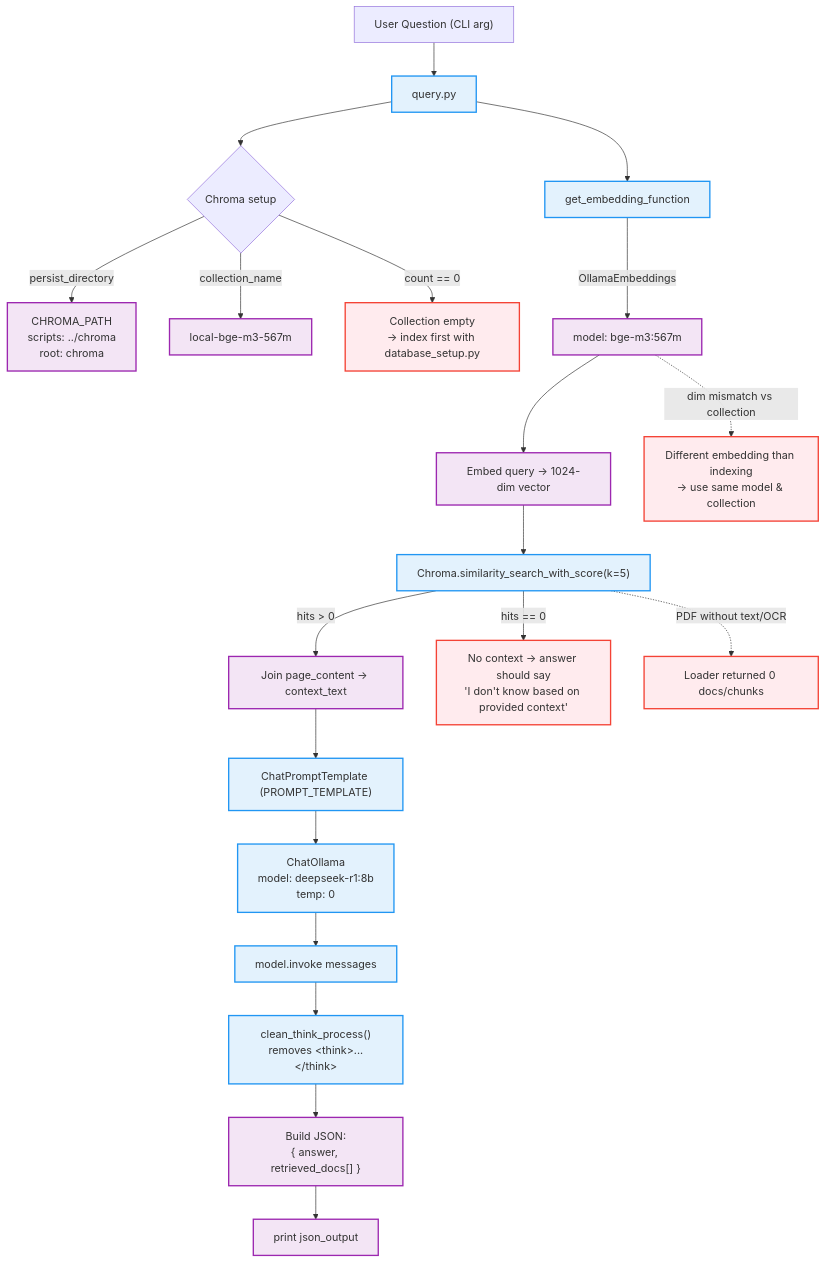
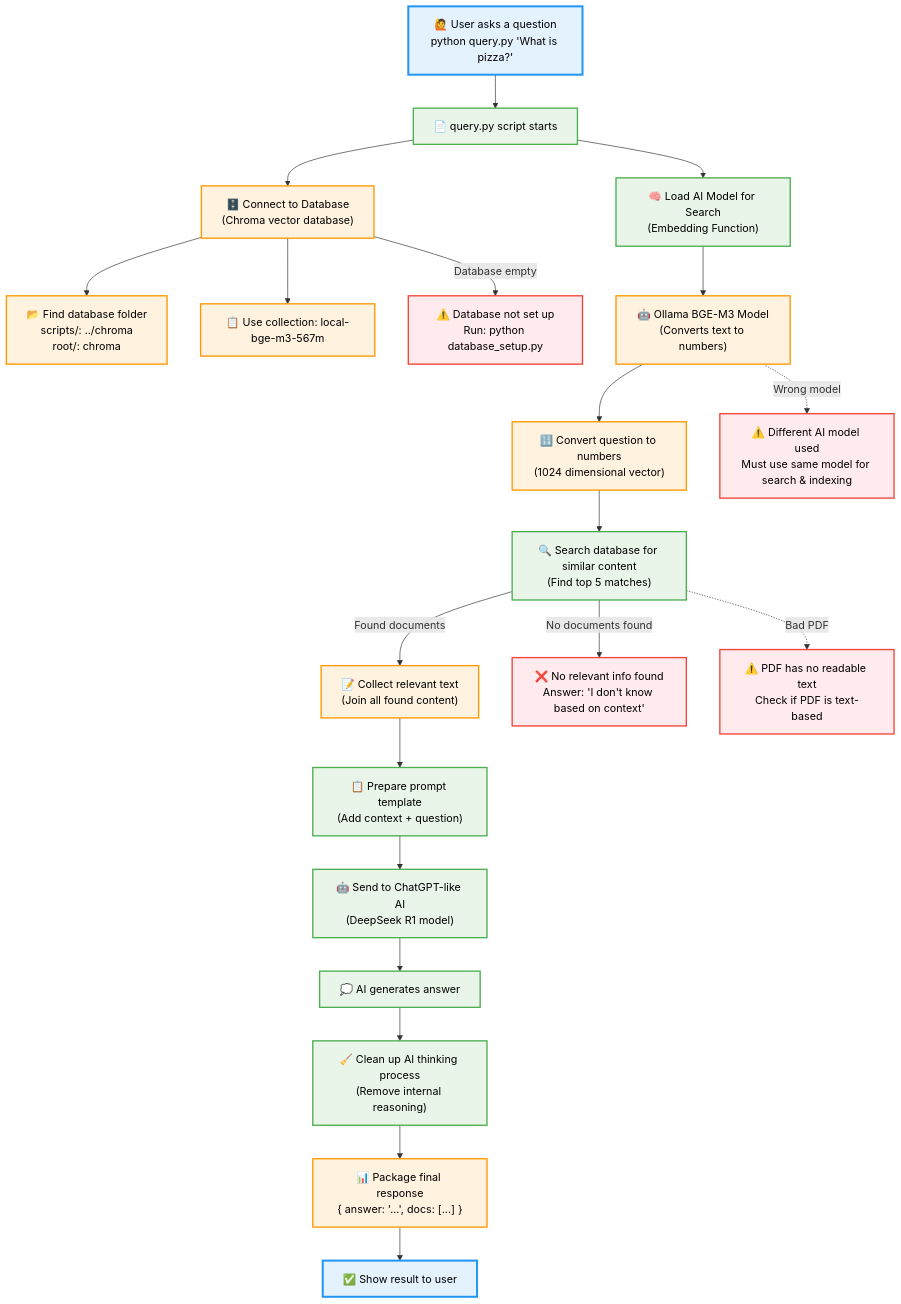
The diagram in readme.md (JoanEsquivel/local-rag), drawn with Mermaid before and after one commit. The commit also changed other lines of this file, not shown here.

Commit message:
fix: simplify diagram

````diff
--- a/readme.md
+++ b/readme.md
@@ -138,34 +139,40 @@
 ```mermaid
 graph TD
-    A["User Question (CLI arg)"] --> B[query.py]
-    B --> C{Chroma setup}
-    C -->|persist_directory| C1["CHROMA_PATH<br/>scripts: ../chroma<br/>root: chroma"]
-    C -->|collection_name| C2["local-bge-m3-567m"]
-    B --> D[get_embedding_function]
-    D -->|OllamaEmbeddings| D1["model: bge-m3:567m"]
-    D1 --> E["Embed query → 1024-dim vector"]
-    E --> F["Chroma.similarity_search_with_score(k=5)"]
-    F -->|hits > 0| G["Join page_content → context_text"]
-    F -->|hits == 0| Z1["No context → answer should say<br/>'I don't know based on provided context'"]
+    A["🙋 User asks a question<br/>python query.py 'What is pizza?'"] --> B["📄 query.py script starts"]
     
-    G --> H["ChatPromptTemplate (PROMPT_TEMPLATE)"]
-    H --> I["ChatOllama<br/>model: deepseek-r1:8b<br/>temp: 0"]
-    I --> J[model.invoke messages]
-    J --> K["clean_think_process()<br/>removes &lt;think&gt;...&lt;/think&gt;"]
-    K --> L["Build JSON:<br/>{ answer, retrieved_docs[] }"]
-    L --> M[print json_output]
+    B --> C["🗄️ Connect to Database<br/>(Chroma vector database)"]
+    C --> C1["📂 Find database folder<br/>scripts/: ../chroma<br/>root/: chroma"]
+    C --> C2["📋 Use collection: local-bge-m3-567m"]
+    
+    B --> D["🧠 Load AI Model for Search<br/>(Embedding Function)"]
+    D --> D1["🤖 Ollama BGE-M3 Model<br/>(Converts text to numbers)"]
+    
+    D1 --> E["🔢 Convert question to numbers<br/>(1024 dimensional vector)"]
+    E --> F["🔍 Search database for similar content<br/>(Find top 5 matches)"]
+    
+    F -->|Found documents| G["📝 Collect relevant text<br/>(Join all found content)"]
+    F -->|No documents found| Z1["❌ No relevant info found<br/>Answer: 'I don't know based on context'"]
+    
+    G --> H["📋 Prepare prompt template<br/>(Add context + question)"]
+    H --> I["🤖 Send to ChatGPT-like AI<br/>(DeepSeek R1 model)"]
+    I --> J["💭 AI generates answer"]
+    J --> K["🧹 Clean up AI thinking process<br/>(Remove internal reasoning)"]
+    K --> L["📊 Package final response<br/>{ answer: '...', docs: [...] }"]
+    L --> M["✅ Show result to user"]
 
-    %% Guard rails / failure branches
-    C -->|count == 0| Z2["Collection empty<br/>→ index first with database_setup.py"]
-    D1 -.->|dim mismatch vs collection| Z3["Different embedding than indexing<br/>→ use same model & collection"]
-    F -.->|PDF without text/OCR| Z4["Loader returned 0 docs/chunks"]
+    %% Common Problems
+    C -->|Database empty| Z2["⚠️ Database not set up<br/>Run: python database_setup.py"]
+    D1 -.->|Wrong model| Z3["⚠️ Different AI model used<br/>Must use same model for search & indexing"]
+    F -.->|Bad PDF| Z4["⚠️ PDF has no readable text<br/>Check if PDF is text-based"]
 
     %% Styling
-    classDef errorNode fill:#ffebee,stroke:#f44336,stroke-width:2px
-    classDef processNode fill:#e3f2fd,stroke:#2196f3,stroke-width:2px
-    classDef dataNode fill:#f3e5f5,stroke:#9c27b0,stroke-width:2px
+    classDef errorNode fill:#ffebee,stroke:#f44336,stroke-width:2px,color:#000
+    classDef processNode fill:#e8f5e8,stroke:#4caf50,stroke-width:2px,color:#000
+    classDef dataNode fill:#fff3e0,stroke:#ff9800,stroke-width:2px,color:#000
+    classDef userNode fill:#e3f2fd,stroke:#2196f3,stroke-width:3px,color:#000
     
     class Z1,Z2,Z3,Z4 errorNode
     class B,D,F,H,I,J,K processNode
-    class C1,C2,D1,E,G,L,M dataNode
+    class C,C1,C2,D1,E,G,L,M dataNode
+    class A,M userNode
 ```
````
